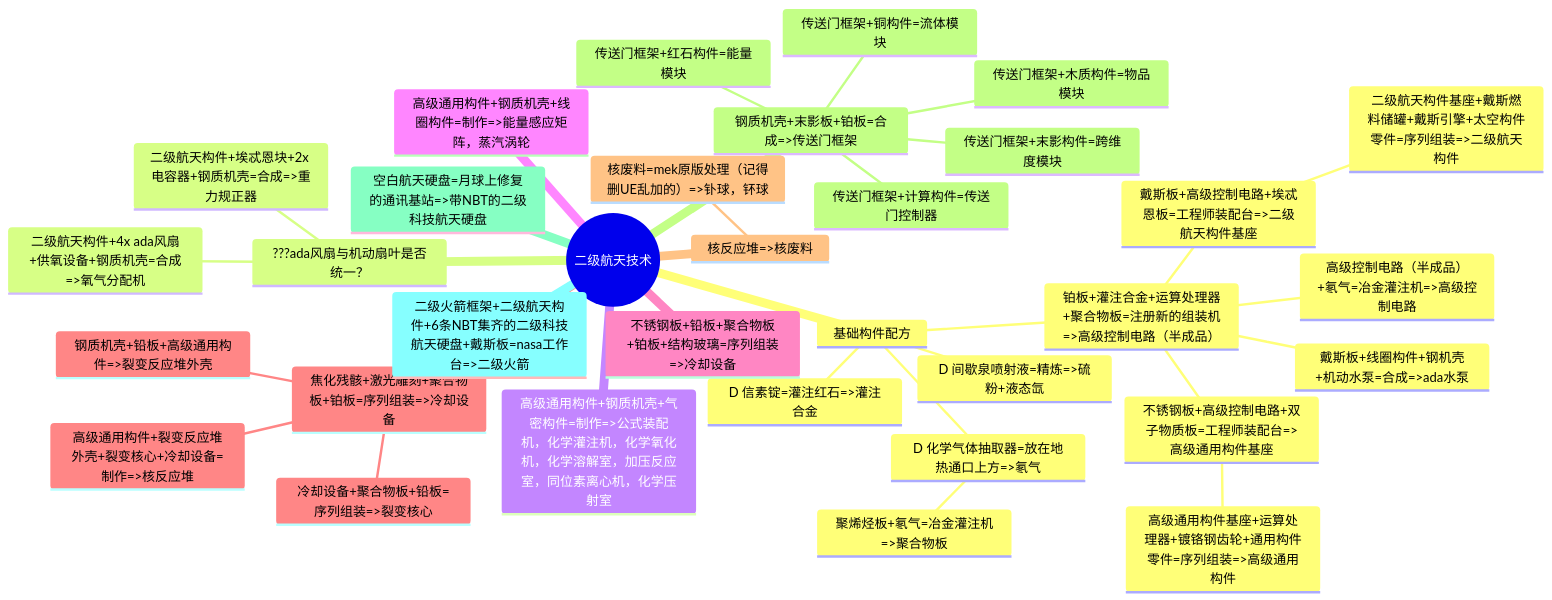
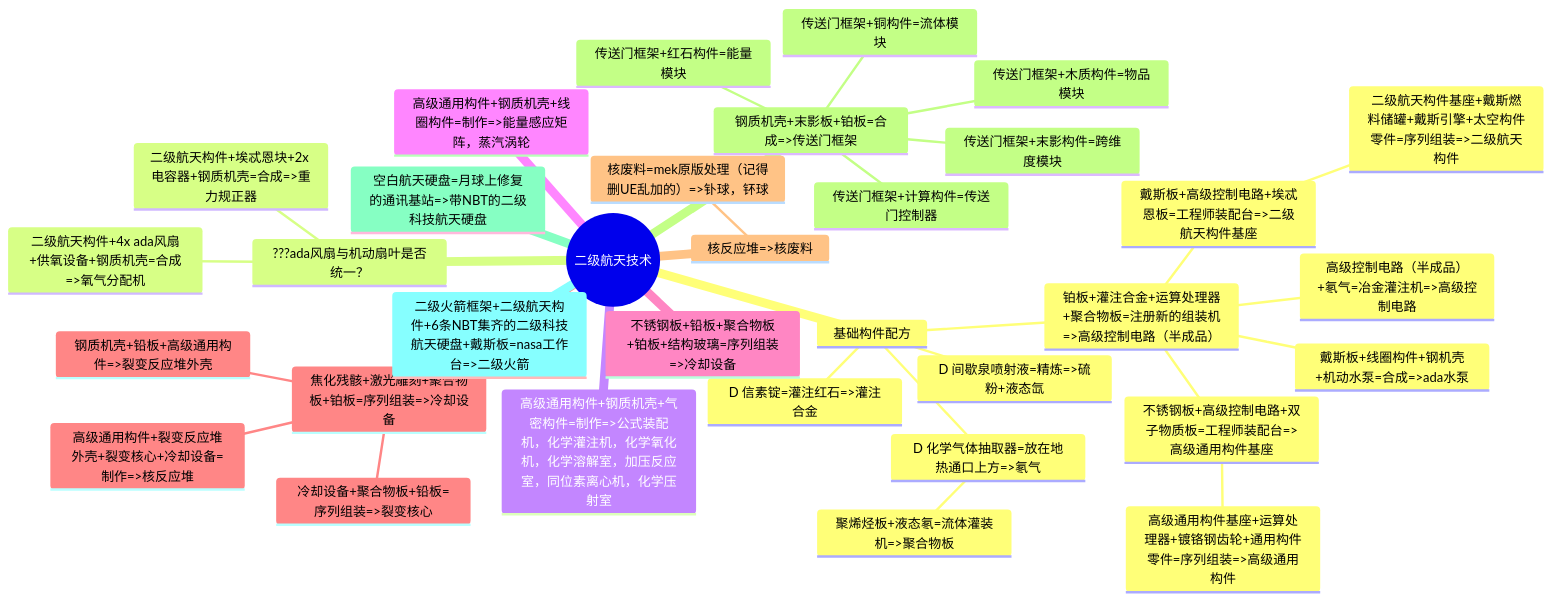
The second of 4 diagrams in Developer/TechTreeMap.md (VechniMetel/CodeNameCIM2), drawn with Mermaid before and after one commit.

````diff
--- a/Developer/TechTreeMap.md
+++ b/Developer/TechTreeMap.md
@@ -45,36 +45,36 @@
 ``` mermaid
 mindmap
     root((二级航天技术))
         基础构件配方
             D 信素锭=灌注红石=>灌注合金
             D 间歇泉喷射液=精炼=>硫粉+液态氙
             D 化学气体抽取器=放在地热通口上方=>氡气
-                聚烯烃板+氡气=冶金灌注机=>聚合物板
+                聚烯烃板+液态氡=流体灌装机=>聚合物板
             铂板+灌注合金+运算处理器+聚合物板=注册新的组装机=>高级控制电路（半成品）
                 高级控制电路（半成品）+氡气=冶金灌注机=>高级控制电路
                 戴斯板+高级控制电路+埃忒恩板=工程师装配台=>二级航天构件基座
                     二级航天构件基座+戴斯燃料储罐+戴斯引擎+太空构件零件=序列组装=>二级航天构件
                 不锈钢板+高级控制电路+双子物质板=工程师装配台=>高级通用构件基座
                     高级通用构件基座+运算处理器+镀铬钢齿轮+通用构件零件=序列组装=>高级通用构件
                 戴斯板+线圈构件+钢机壳+机动水泵=合成=>ada水泵
         ???ada风扇与机动扇叶是否统一？
             二级航天构件+4x ada风扇+供氧设备+钢质机壳=合成=>氧气分配机
             二级航天构件+埃忒恩块+2x 电容器+钢质机壳=合成=>重力规正器
         高级通用构件+钢质机壳+气密构件=制作=>公式装配机，化学灌注机，化学氧化机，化学溶解室，加压反应室，同位素离心机，化学压射室
         高级通用构件+钢质机壳+线圈构件=制作=>能量感应矩阵，蒸汽涡轮
         不锈钢板+铅板+聚合物板+铂板+结构玻璃=序列组装=>冷却设备
         焦化残骸+激光雕刻+聚合物板+铂板=序列组装=>冷却设备
             冷却设备+聚合物板+铅板=序列组装=>裂变核心
             钢质机壳+铅板+高级通用构件=>裂变反应堆外壳
             高级通用构件+裂变反应堆外壳+裂变核心+冷却设备=制作=>核反应堆
         核反应堆=>核废料
             核废料=mek原版处理（记得删UE乱加的）=>钋球，钚球
         钢质机壳+末影板+铂板=合成=>传送门框架
             传送门框架+计算构件=传送门控制器
             传送门框架+木质构件=物品模块
             传送门框架+铜构件=流体模块
             传送门框架+红石构件=能量模块
             传送门框架+末影构件=跨维度模块
         空白航天硬盘=月球上修复的通讯基站=>带NBT的二级科技航天硬盘
         二级火箭框架+二级航天构件+6条NBT集齐的二级科技航天硬盘+戴斯板=nasa工作台=>二级火箭
 ```
````
